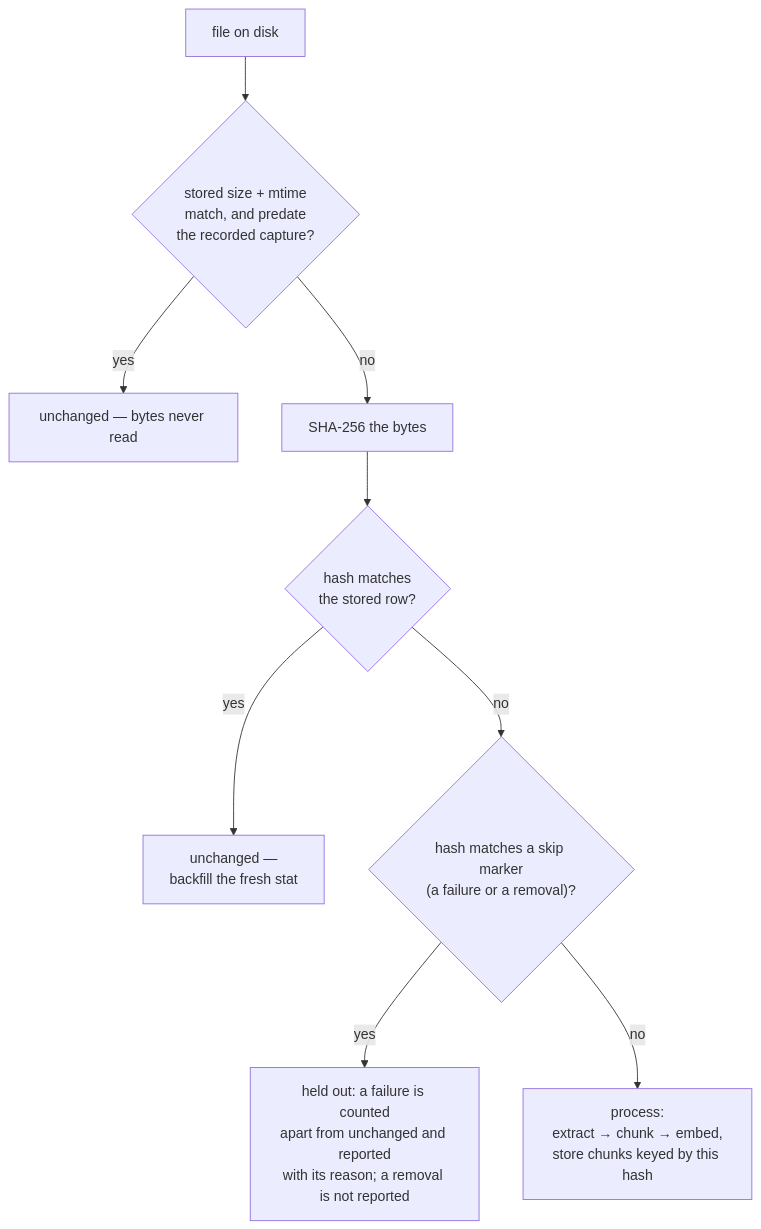
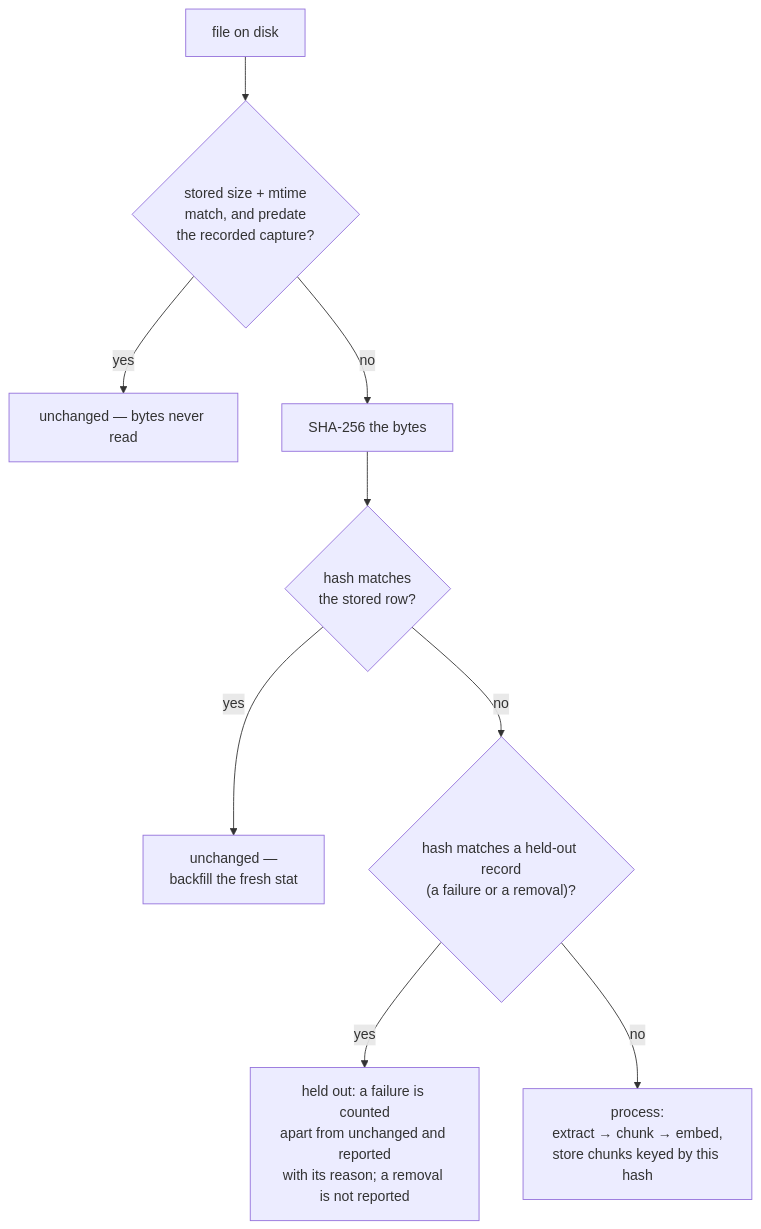
One commit to tobocop2/lilbee changed the second of 15 diagrams in docs/architecture.md. Above: the diagram before and after it, drawn with Mermaid. The commit also changed other lines of this file and 46 other files, not shown here.

First line of the commit message:
Keep held-out files in the source table

````diff
--- a/docs/architecture.md
+++ b/docs/architecture.md
@@ -120,11 +120,11 @@
 ```mermaid
 flowchart TD
     F["file on disk"] --> ST{"stored size + mtime<br/>match, and predate<br/>the recorded capture?"}
     ST -->|yes| U["unchanged — bytes never read"]
     ST -->|no| H["SHA-256 the bytes"]
     H --> HC{"hash matches<br/>the stored row?"}
     HC -->|yes| BF["unchanged —<br/>backfill the fresh stat"]
-    HC -->|no| SK{"hash matches a skip marker<br/>(a failure or a removal)?"}
+    HC -->|no| SK{"hash matches a held-out record<br/>(a failure or a removal)?"}
     SK -->|yes| SKIP["held out: a failure is counted<br/>apart from unchanged and reported<br/>with its reason; a removal is not reported"]
     SK -->|no| PR["process:<br/>extract → chunk → embed,<br/>store chunks keyed by this hash"]
 ```
````
